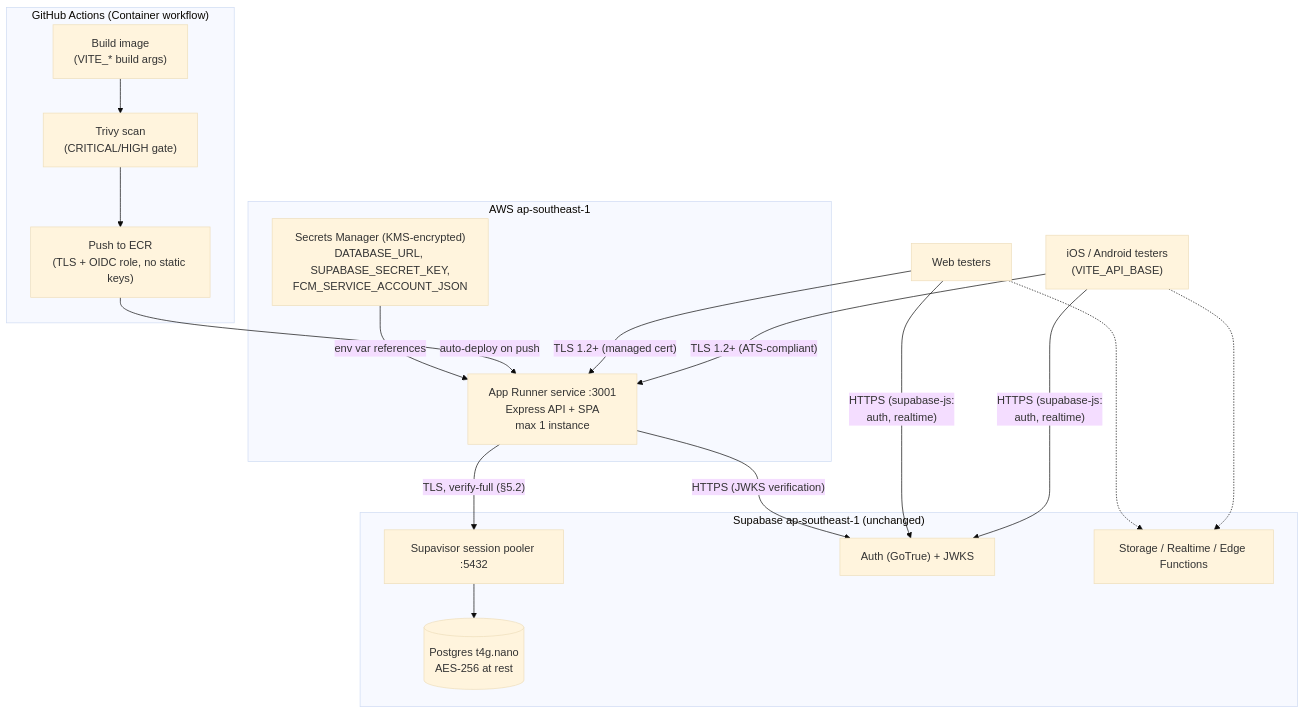
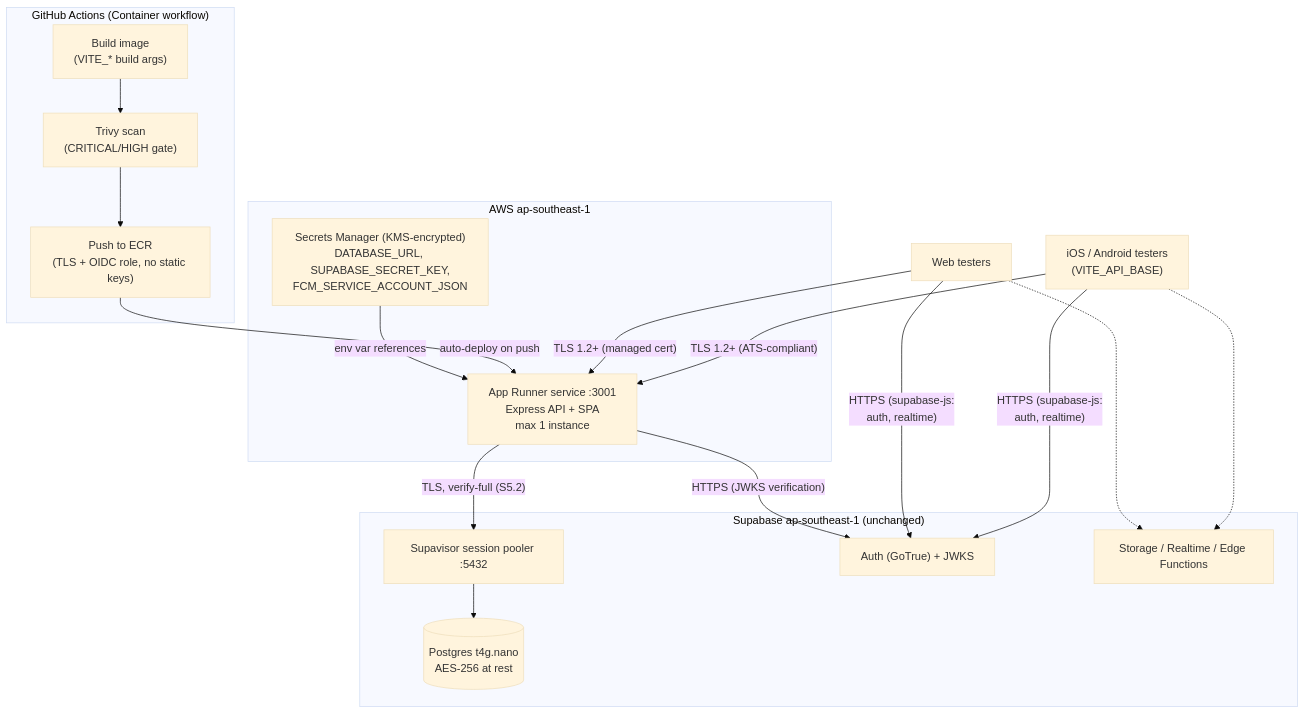
One commit to Jono120/brat-tamer changed the diagram in docs/AWS_DEPLOYMENT_PLAN.md. Above: the diagram before and after it, drawn with Mermaid (base theme). The commit also changed other lines of this file and 20 other files, not shown here.

````diff
--- a/docs/AWS_DEPLOYMENT_PLAN.md
+++ b/docs/AWS_DEPLOYMENT_PLAN.md
@@ -28,30 +28,30 @@
 ```mermaid
 flowchart TB
     subgraph CI["GitHub Actions (Container workflow)"]
         BUILD["Build image<br/>(VITE_* build args)"] --> TRIVY["Trivy scan<br/>(CRITICAL/HIGH gate)"]
         TRIVY --> ECR["Push to ECR<br/>(TLS + OIDC role, no static keys)"]
     end
 
     subgraph AWS["AWS ap-southeast-1"]
         SM["Secrets Manager (KMS-encrypted)<br/>DATABASE_URL, SUPABASE_SECRET_KEY,<br/>FCM_SERVICE_ACCOUNT_JSON"]
         AR["App Runner service :3001<br/>Express API + SPA<br/>max 1 instance"]
         SM -- "env var references" --> AR
         ECR -- "auto-deploy on push" --> AR
     end
 
     WEB["Web testers"] -- "TLS 1.2+ (managed cert)" --> AR
     MOB["iOS / Android testers<br/>(VITE_API_BASE)"] -- "TLS 1.2+ (ATS-compliant)" --> AR
 
     subgraph SUPA["Supabase ap-southeast-1 (unchanged)"]
         POOL["Supavisor session pooler :5432"]
         AUTH["Auth (GoTrue) + JWKS"]
         STORE["Storage / Realtime / Edge Functions"]
         DB[("Postgres t4g.nano<br/>AES-256 at rest")]
         POOL --> DB
     end
 
-    AR -- "TLS, verify-full (§5.2)" --> POOL
+    AR -- "TLS, verify-full (S5.2)" --> POOL
     AR -- "HTTPS (JWKS verification)" --> AUTH
     WEB & MOB -- "HTTPS (supabase-js:<br/>auth, realtime)" --> AUTH
     WEB & MOB -.-> STORE
 ```
````
